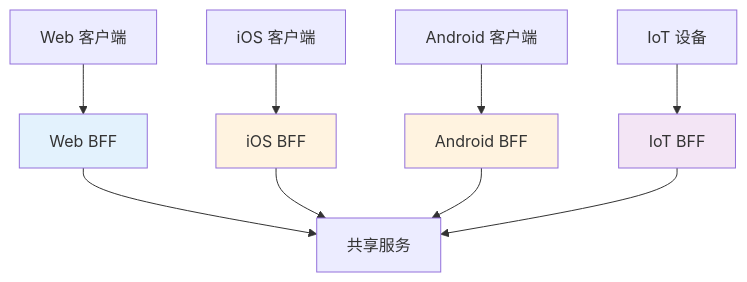
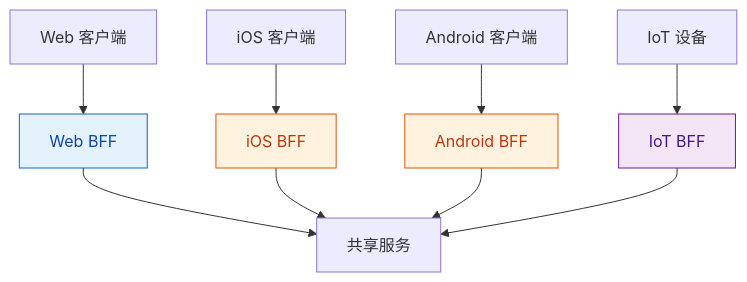
One commit to FreezeSoul/freezesoul.github.com changed diagram 18 of 23 in _posts/2018-12-11-microservices-architecture.md. Above: the diagram before and after it, drawn with Mermaid. The commit also changed other lines of this file and 9 other files, not shown here.

Commit message:
修正mermaid配色与要求

````diff
--- a/_posts/2018-12-11-microservices-architecture.md
+++ b/_posts/2018-12-11-microservices-architecture.md
@@ -706,17 +706,17 @@
 ```mermaid
 graph TD
     A[Web 客户端] --> B[Web BFF]
     C[iOS 客户端] --> D[iOS BFF]
     E[Android 客户端] --> F[Android BFF]
     G[IoT 设备] --> H[IoT BFF]
 
     B --> I[共享服务]
     D --> I
     F --> I
     H --> I
 
-    style B fill:#e3f2fd
-    style D fill:#fff3e0
-    style F fill:#fff3e0
-    style H fill:#f3e5f5
+    style B fill:#e3f2fd,stroke:#1565c0,color:#0d47a1
+    style D fill:#fff3e0,stroke:#e65100,color:#bf360c
+    style F fill:#fff3e0,stroke:#e65100,color:#bf360c
+    style H fill:#f3e5f5,stroke:#6a1b9a,color:#4a148c
 ```
````
